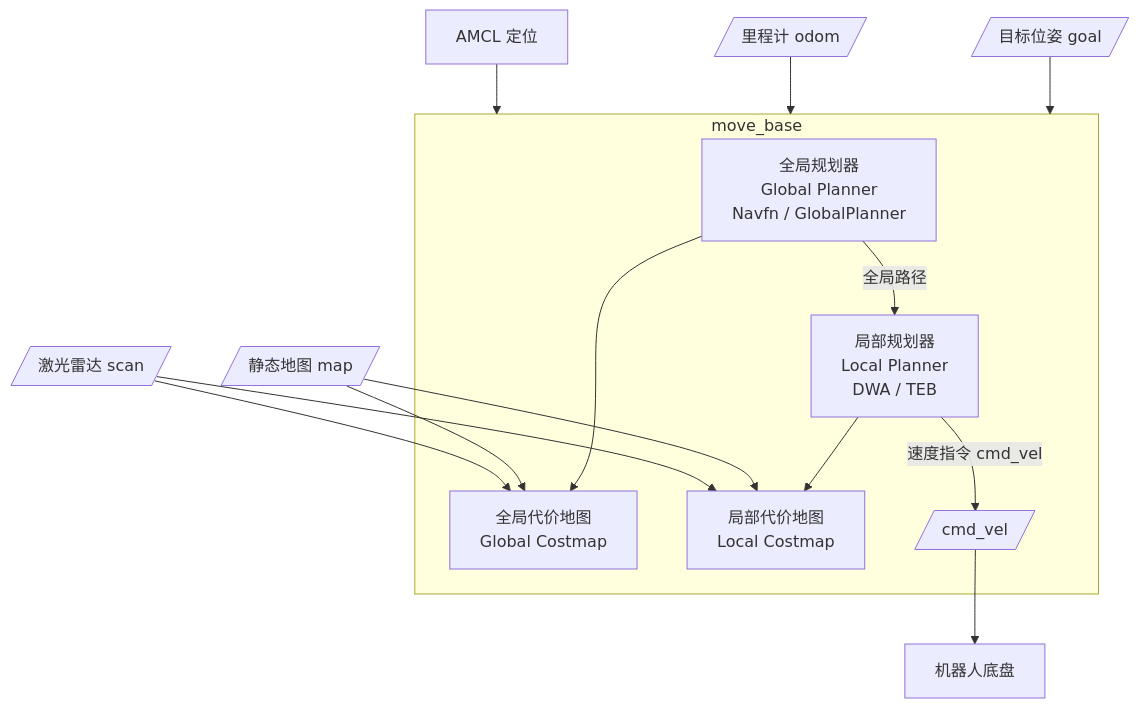
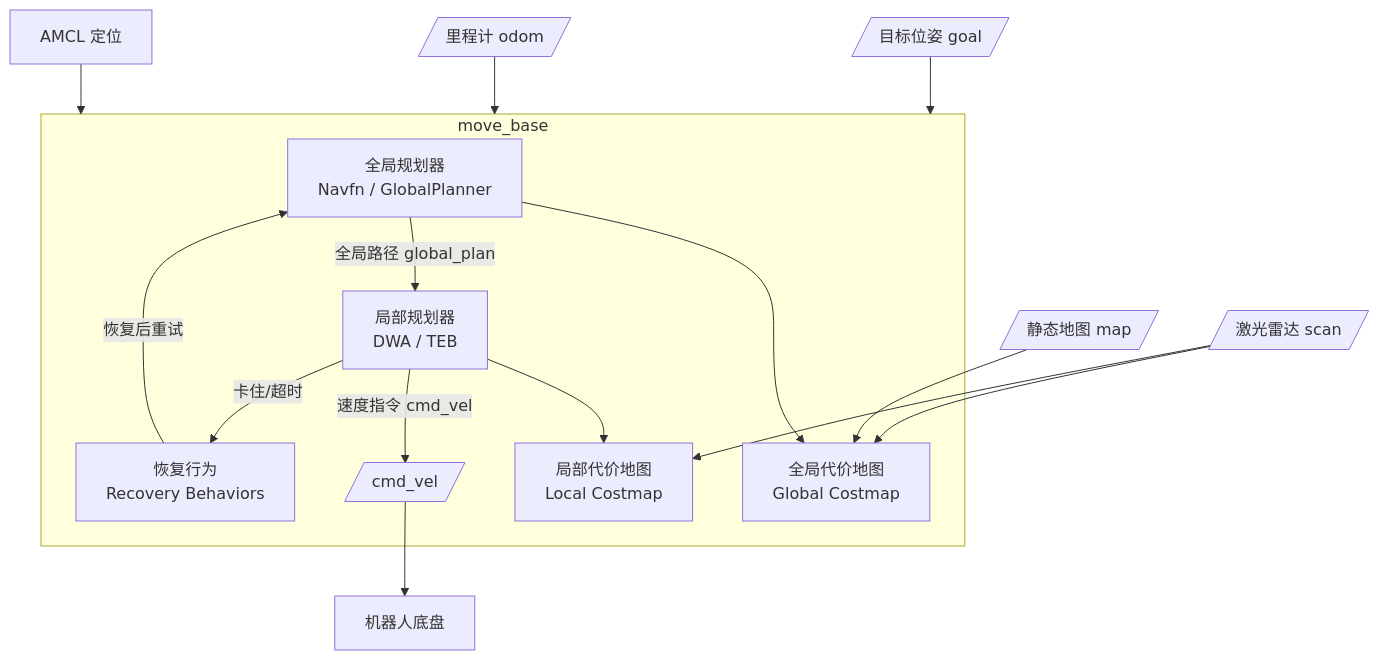
One commit to TingdeLiu/tingdeliu.github.io changed diagram 14 of 17 in _posts/2026-02-27-Robot-Navigation-Survey.md. Above: the diagram before and after it, drawn with Mermaid. The commit also changed other lines of this file, not shown here.

Commit message:
Enhance move_base documentation with state machine and recovery behaviors details

````diff
--- a/_posts/2026-02-27-Robot-Navigation-Survey.md
+++ b/_posts/2026-02-27-Robot-Navigation-Survey.md
@@ -2087,18 +2087,19 @@
 ```mermaid
 flowchart TB
     subgraph MoveBase["move_base"]
-        GM[全局规划器\nGlobal Planner\nNavfn / GlobalPlanner] --> GCM[全局代价地图\nGlobal Costmap]
-        LM[局部规划器\nLocal Planner\nDWA / TEB] --> LCM[局部代价地图\nLocal Costmap]
-        GM -->|全局路径| LM
+        GM[全局规划器\nNavfn / GlobalPlanner] --> GCM[全局代价地图\nGlobal Costmap]
+        LM[局部规划器\nDWA / TEB] --> LCM[局部代价地图\nLocal Costmap]
+        GM -->|全局路径 global_plan| LM
         LM -->|速度指令 cmd_vel| VEL
+        REC[恢复行为\nRecovery Behaviors]
     end
 
     GOAL[/目标位姿 goal/] --> MoveBase
     MAP[/静态地图 map/] --> GCM
-    MAP --> LCM
-    SCAN[/激光雷达 scan/] --> GCM
-    SCAN --> LCM
+    SCAN[/激光雷达 scan/] --> GCM & LCM
     ODOM[/里程计 odom/] --> MoveBase
     VEL[/cmd_vel/] --> Robot[机器人底盘]
     AMCL[AMCL 定位] --> MoveBase
+    LM -- 卡住/超时 --> REC
+    REC -- 恢复后重试 --> GM
 ```
````
